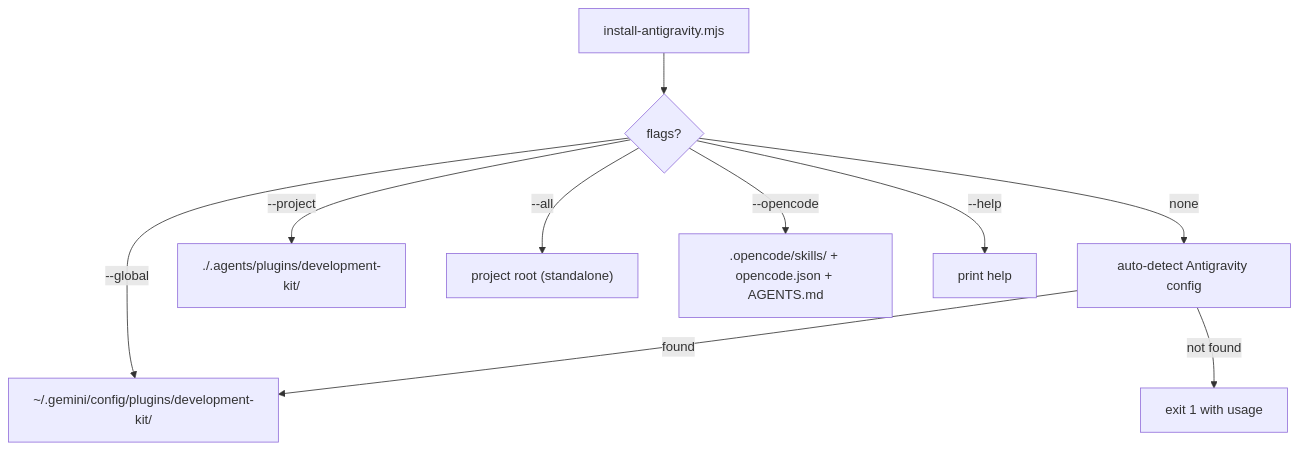
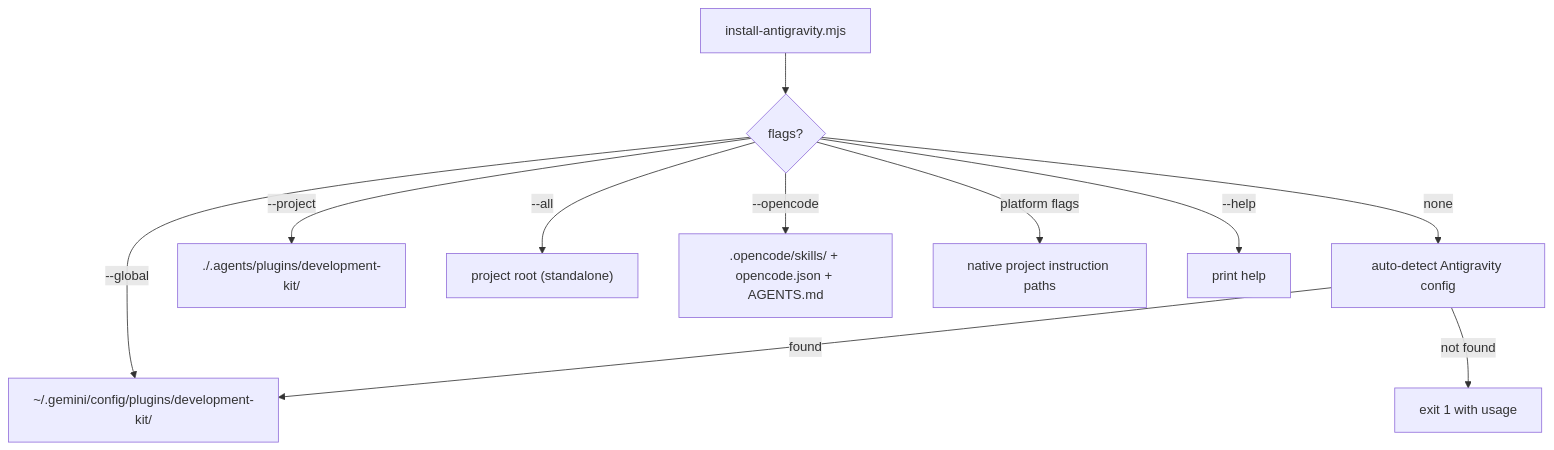
Before and after one commit to eybersjp/development-kit: the diagram in docs/04-architecture/installer-architecture.md, drawn with Mermaid. The commit also changed other lines of this file and 28 other files, not shown here.

````diff
--- a/docs/04-architecture/installer-architecture.md
+++ b/docs/04-architecture/installer-architecture.md
@@ -11,12 +11,13 @@
 ```mermaid
 flowchart TD
     A["install-antigravity.mjs"] --> B{"flags?"}
     B -->|none| D["auto-detect Antigravity config"]
     B -->|--global| E["~/.gemini/config/plugins/development-kit/"]
     B -->|--project| F["./.agents/plugins/development-kit/"]
     B -->|--all| G["project root (standalone)"]
     B -->|--opencode| H[".opencode/skills/ + opencode.json + AGENTS.md"]
+    B -->|platform flags| K["native project instruction paths"]
     B -->|--help| I["print help"]
     D -->|found| E
     D -->|not found| J["exit 1 with usage"]
 ```
````
